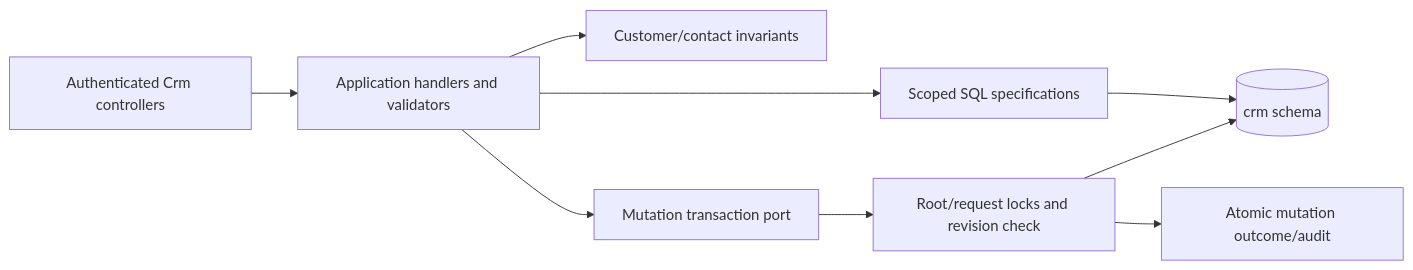
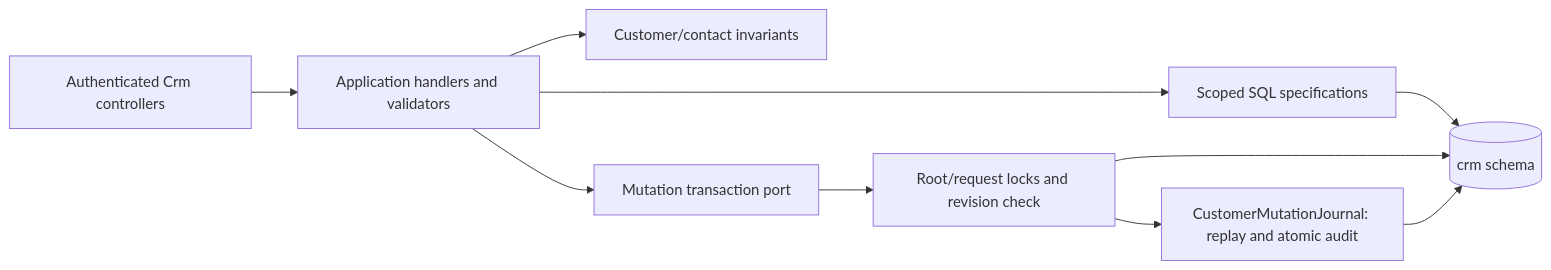
Before and after one commit to Weretik/BreviERP: the first of 2 diagrams in docs/sdd/features/crm/clients-and-quotes.md, drawn with Mermaid. The commit also changed other lines of this file and 157 other files, not shown here.

````diff
--- a/docs/sdd/features/crm/clients-and-quotes.md
+++ b/docs/sdd/features/crm/clients-and-quotes.md
@@ -36,11 +44,12 @@
 ```mermaid
 flowchart LR
   API[Authenticated Crm controllers] --> CQRS[Application handlers and validators]
   CQRS --> Root[Customer/contact invariants]
   CQRS --> Read[Scoped SQL specifications]
   CQRS --> Write[Mutation transaction port]
   Read --> PG[(crm schema)]
   Write --> Lock[Root/request locks and revision check]
   Lock --> PG
-  Lock --> Audit[Atomic mutation outcome/audit]
+  Lock --> Audit[CustomerMutationJournal: replay and atomic audit]
+  Audit --> PG
 ```
````
